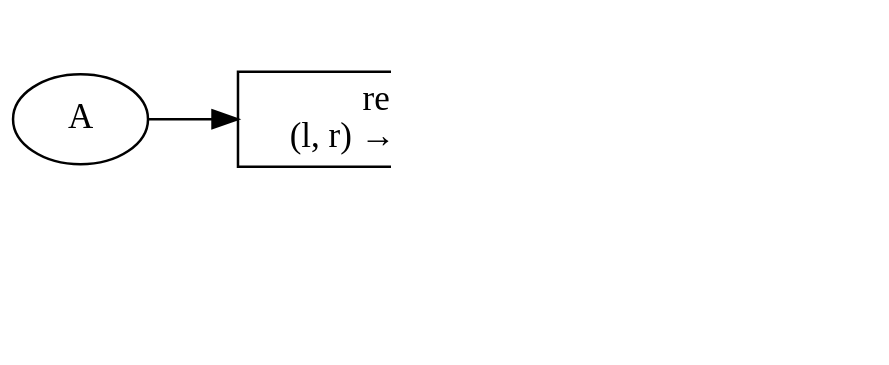
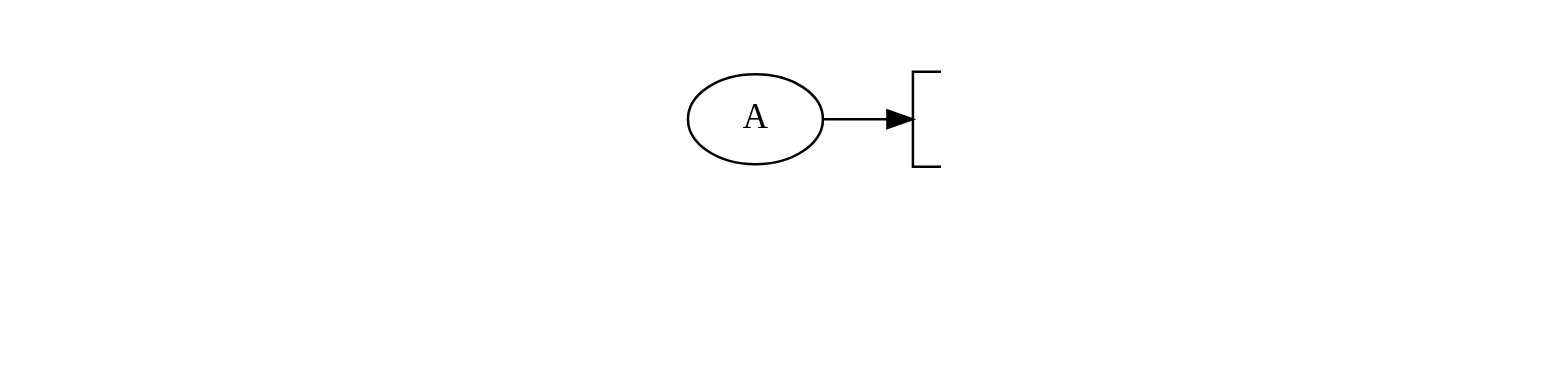
One commit to inponomarev/kstreams-testing-pitfalls changed diagram 17 of 26 in slides/src/main/asciidoc/lecture.adoc. Above: the diagram before and after it, drawn with Graphviz. The commit also changed other lines of this file, not shown here.

```diff
--- a/slides/src/main/asciidoc/lecture.adoc
+++ b/slides/src/main/asciidoc/lecture.adoc
@@ -729,28 +750,37 @@
 [graphviz,"cache2b.png"]
 ----
 digraph G {
 graph [ dpi = 180 ];
 rankdir="LR";
 
 A1[label="A"];
 
 A1 ->Reduce;
 
 Reduce[shape=box,label="reduce \n (l, r) → <STOP>"]
 
 Reduce -> Cache
 
 Cache[shape=box,label=<<table cellspacing="5" cellborder="0"  border="0">
         <tr><td colspan="2">Cache</td></tr>
         <tr><td>A</td><vr/><td>A</td></tr>
         <tr><td>B</td><vr/><td>&lt;STOP&gt;</td></tr>
         </table>>];
 Store[shape=cylinder,label=<<table cellspacing="5" cellborder="0"  border="0">
         <tr><td colspan="2">Local Store</td></tr>
         <tr><td> </td><td> </td></tr>
         </table>>];
         
 Cache -> Store;
 {rank = same; Store; Cache; }
+
+#Padding with invisible elements
+P3->P4->P5->A1[style="invis"];
+Cache -> P1 -> P2[style="invis"];
+P1[label="<STOP>", style="invis"];
+P2[label="<STOP>", style="invis"];
+P3[label="A", style="invis"];
+P4[label="A", style="invis"];
+P5[label="A", style="invis"];
 }
 ----
```
